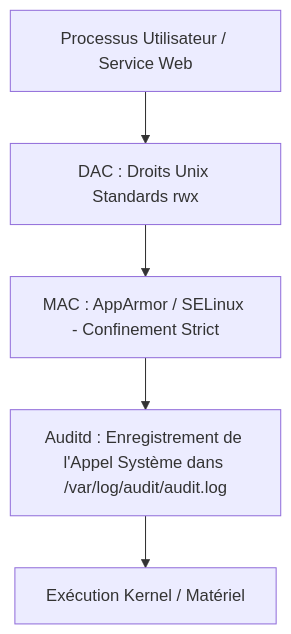
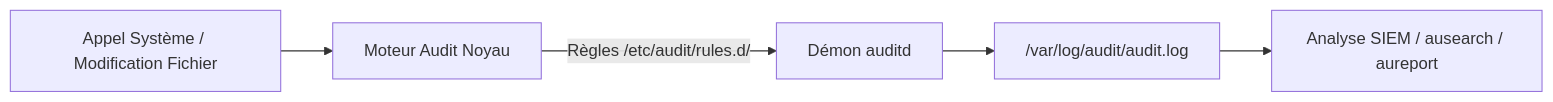
One commit to Klemz-696/opensio changed the first of 2 diagrams in content/tracks/annee-2/modules/securite-systemes-durcissement/lessons/02-durcissement-systemes-linux-ssh-auditd.md. Above: the diagram before and after it, drawn with Mermaid. The commit also changed other lines of this file and 10 other files, not shown here.

````diff
--- a/content/tracks/annee-2/modules/securite-systemes-durcissement/lessons/02-durcissement-systemes-linux-ssh-auditd.md
+++ b/content/tracks/annee-2/modules/securite-systemes-durcissement/lessons/02-durcissement-systemes-linux-ssh-auditd.md
@@ -100,7 +152,7 @@
 ```mermaid
-graph TD
-    User[Processus Utilisateur / Service Web] --> DAC[DAC : Droits Unix Standards rwx]
-    DAC --> MAC[MAC : AppArmor / SELinux - Confinement Strict]
-    MAC --> AUDIT[Auditd : Enregistrement de l'Appel Système dans /var/log/audit/audit.log]
-    AUDIT --> Kernel[Exécution Kernel / Matériel]
+flowchart LR
+    SYSCALL[Appel Système / Modification Fichier] --> KERNEL_AUDIT[Moteur Audit Noyau]
+    KERNEL_AUDIT -->|Règles /etc/audit/rules.d/| AUDITD_DAEMON[Démon auditd]
+    AUDITD_DAEMON --> AUDIT_LOG["/var/log/audit/audit.log"]
+    AUDIT_LOG --> SOC[Analyse SIEM / ausearch / aureport]
 ```
````
